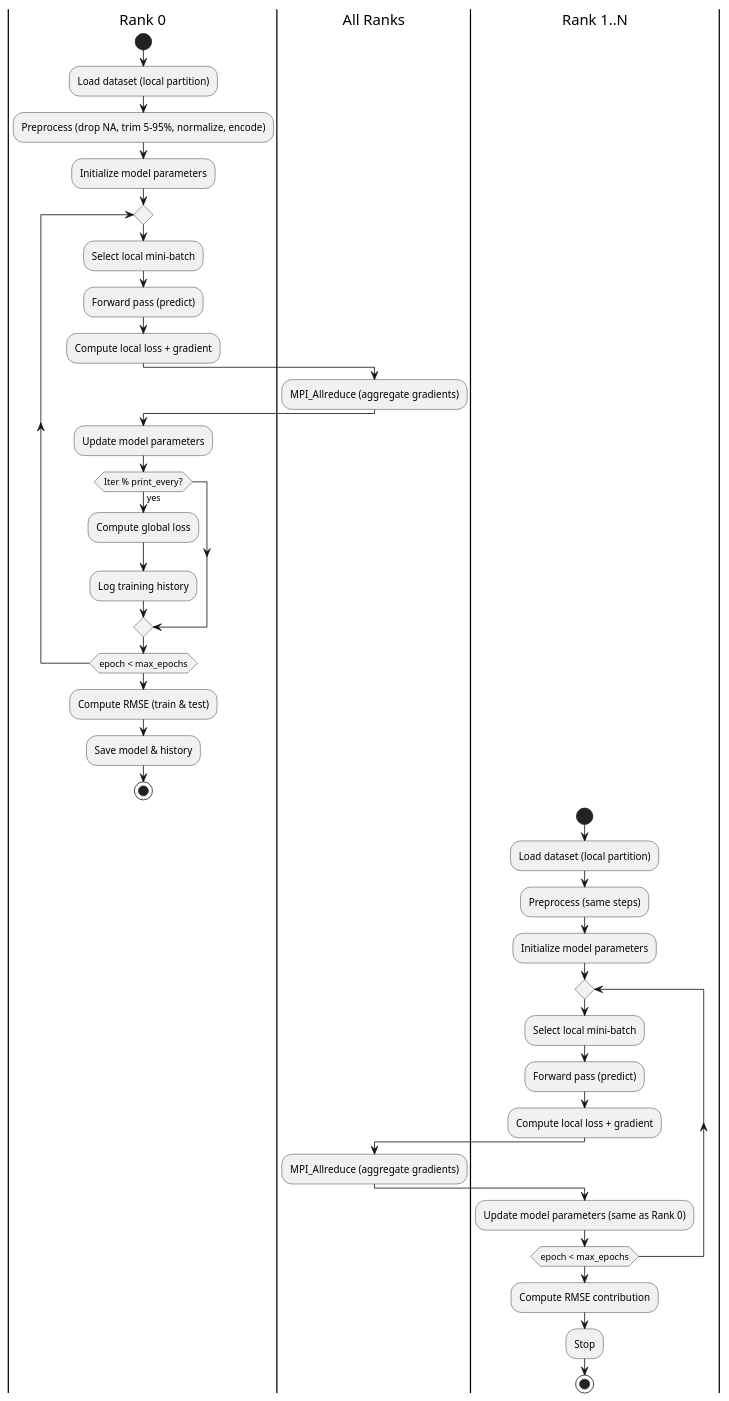
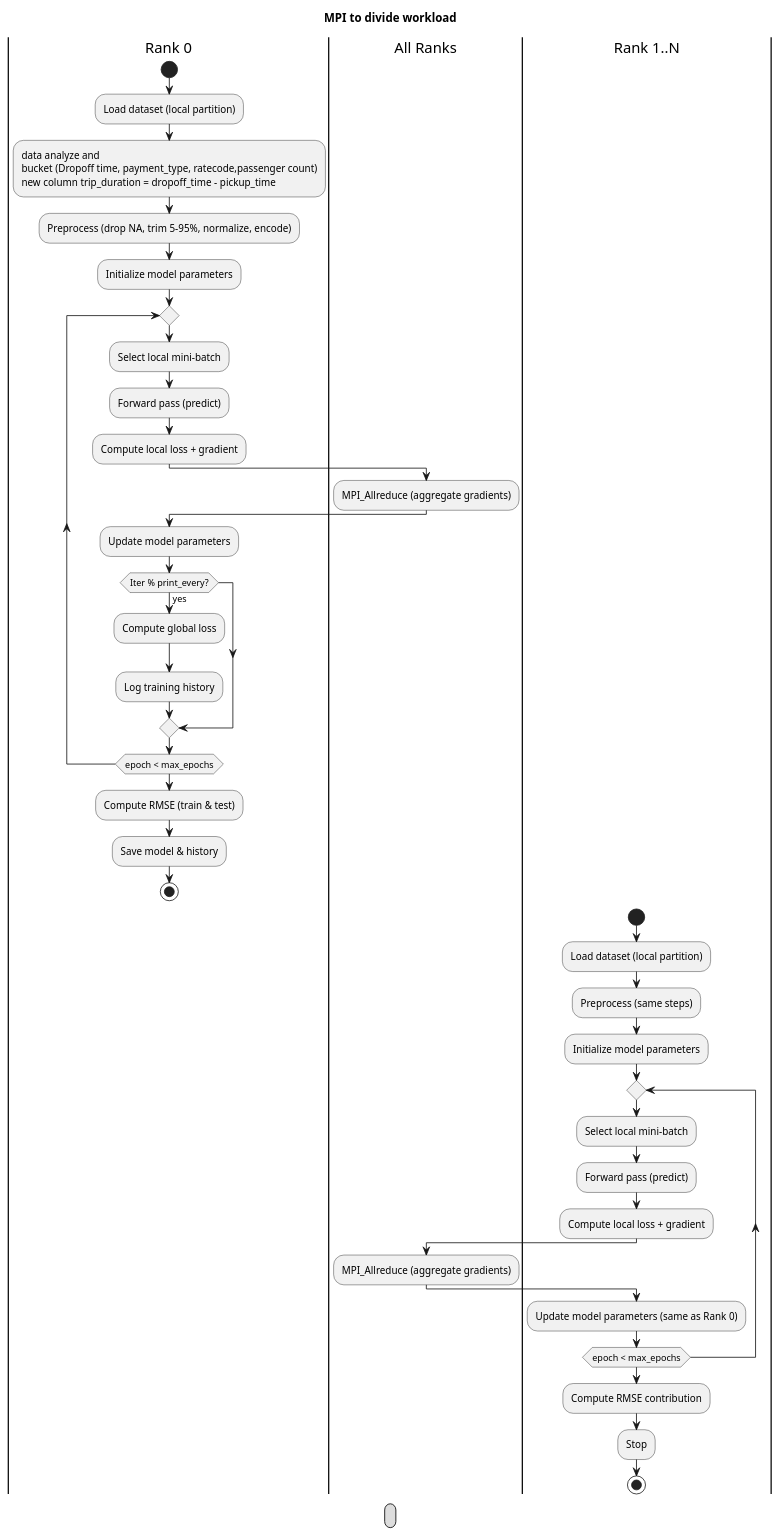
One commit to xuanntm/DSA5208_Project1 changed the diagram in sgd_application.puml. Above: the diagram before and after it, drawn with PlantUML. The commit also changed 9 other files, not shown here.

```diff
--- a/sgd_application.puml
+++ b/sgd_application.puml
@@ -1,41 +1,51 @@
 @startuml
+
+title  MPI to divide workload 
+
 |Rank 0|
 start
 :Load dataset (local partition);
+:data analyze and 
+bucket (Dropoff time, payment_type, ratecode,passenger count)
+new column trip_duration = dropoff_time - pickup_time;
 :Preprocess (drop NA, trim 5-95%, normalize, encode);
 :Initialize model parameters;
 repeat
   :Select local mini-batch;
   :Forward pass (predict);
   :Compute local loss + gradient;
   |All Ranks|
   :MPI_Allreduce (aggregate gradients);
   |Rank 0|
   :Update model parameters;
   if (Iter % print_every?) then (yes)
     :Compute global loss;
     :Log training history;
   endif
 repeat while (epoch < max_epochs)
 :Compute RMSE (train & test);
 :Save model & history;
 stop
 
 |Rank 1..N|
 start
 :Load dataset (local partition);
 :Preprocess (same steps);
 :Initialize model parameters;
 repeat
   :Select local mini-batch;
   :Forward pass (predict);
   :Compute local loss + gradient;
   |All Ranks|
   :MPI_Allreduce (aggregate gradients);
   |Rank 1..N|
   :Update model parameters (same as Rank 0);
 repeat while (epoch < max_epochs)
 :Compute RMSE contribution;
 :Stop;
 stop
+
+legend
+ 
+end legend 
 @enduml
```
